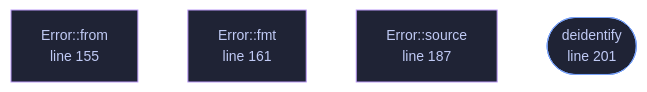
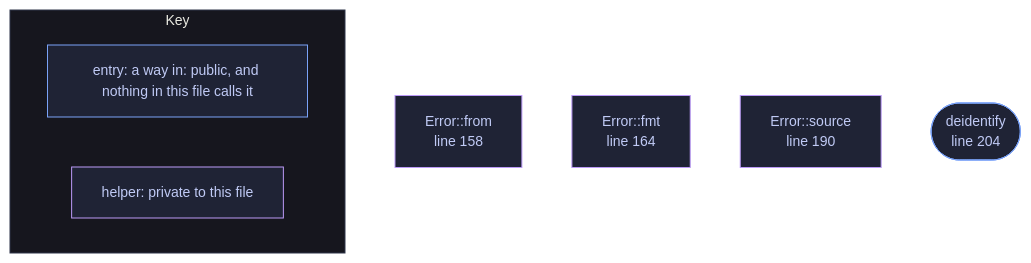
The diagram in docs/files/veilvoice-audio/lib.md (tilas01/veilvoice), drawn with Mermaid before and after one commit. The commit also changed other lines of this file and 1510 other files, not shown here.

First line of the commit message:
Regenerate the documentation, wiki, site, graphs and measured numbers

````diff
--- a/docs/files/veilvoice-audio/lib.md
+++ b/docs/files/veilvoice-audio/lib.md
@@ -94,18 +94,25 @@
 ```mermaid
 %%{init: {"theme":"base","themeVariables":{"background":"#1a1b26","primaryColor":"#1f2335","primaryTextColor":"#c0caf5","primaryBorderColor":"#7aa2f7","secondaryColor":"#16161e","tertiaryColor":"#16161e","lineColor":"#737aa2","textColor":"#c0caf5","mainBkg":"#1f2335","nodeBorder":"#7aa2f7","clusterBkg":"#16161e","clusterBorder":"#2f3549","fontFamily":"ui-monospace, SFMono-Regular, Consolas, monospace","fontSize":"14px"}}}%%
 flowchart TD
-    n_from["Error::from<br/>line 149"]
-    n_from["Error::from<br/>line 155"]
-    n_fmt["Error::fmt<br/>line 161"]
-    n_source["Error::source<br/>line 187"]
-    n_deidentify(["deidentify<br/>line 201"])
-    click n_from href "https://github.com/tilas01/veilvoice/blob/main/crates/veilvoice-audio/src/lib.rs#L149" "open the source"
-    click n_from href "https://github.com/tilas01/veilvoice/blob/main/crates/veilvoice-audio/src/lib.rs#L155" "open the source"
-    click n_fmt href "https://github.com/tilas01/veilvoice/blob/main/crates/veilvoice-audio/src/lib.rs#L161" "open the source"
-    click n_source href "https://github.com/tilas01/veilvoice/blob/main/crates/veilvoice-audio/src/lib.rs#L187" "open the source"
-    click n_deidentify href "https://github.com/tilas01/veilvoice/blob/main/crates/veilvoice-audio/src/lib.rs#L201" "open the source"
+    n_from["Error::from<br/>line 152"]
+    n_from["Error::from<br/>line 158"]
+    n_fmt["Error::fmt<br/>line 164"]
+    n_source["Error::source<br/>line 190"]
+    n_deidentify(["deidentify<br/>line 204"])
+    click n_from href "https://github.com/tilas01/veilvoice/blob/main/crates/veilvoice-audio/src/lib.rs#L152" "open the source"
+    click n_from href "https://github.com/tilas01/veilvoice/blob/main/crates/veilvoice-audio/src/lib.rs#L158" "open the source"
+    click n_fmt href "https://github.com/tilas01/veilvoice/blob/main/crates/veilvoice-audio/src/lib.rs#L164" "open the source"
+    click n_source href "https://github.com/tilas01/veilvoice/blob/main/crates/veilvoice-audio/src/lib.rs#L190" "open the source"
+    click n_deidentify href "https://github.com/tilas01/veilvoice/blob/main/crates/veilvoice-audio/src/lib.rs#L204" "open the source"
     classDef entry fill:#1f2335,stroke:#7aa2f7,color:#c0caf5
     class n_deidentify entry
     classDef helper fill:#1f2335,stroke:#bb9af7,color:#c0caf5
     class n_from,n_from,n_fmt,n_source helper
+    subgraph chart_key ["Key"]
+        direction LR
+        key_entry["entry: a way in: public, and nothing in this file calls it"]
+        key_helper["helper: private to this file"]
+    end
+    class key_entry entry
+    class key_helper helper
 ```
````
